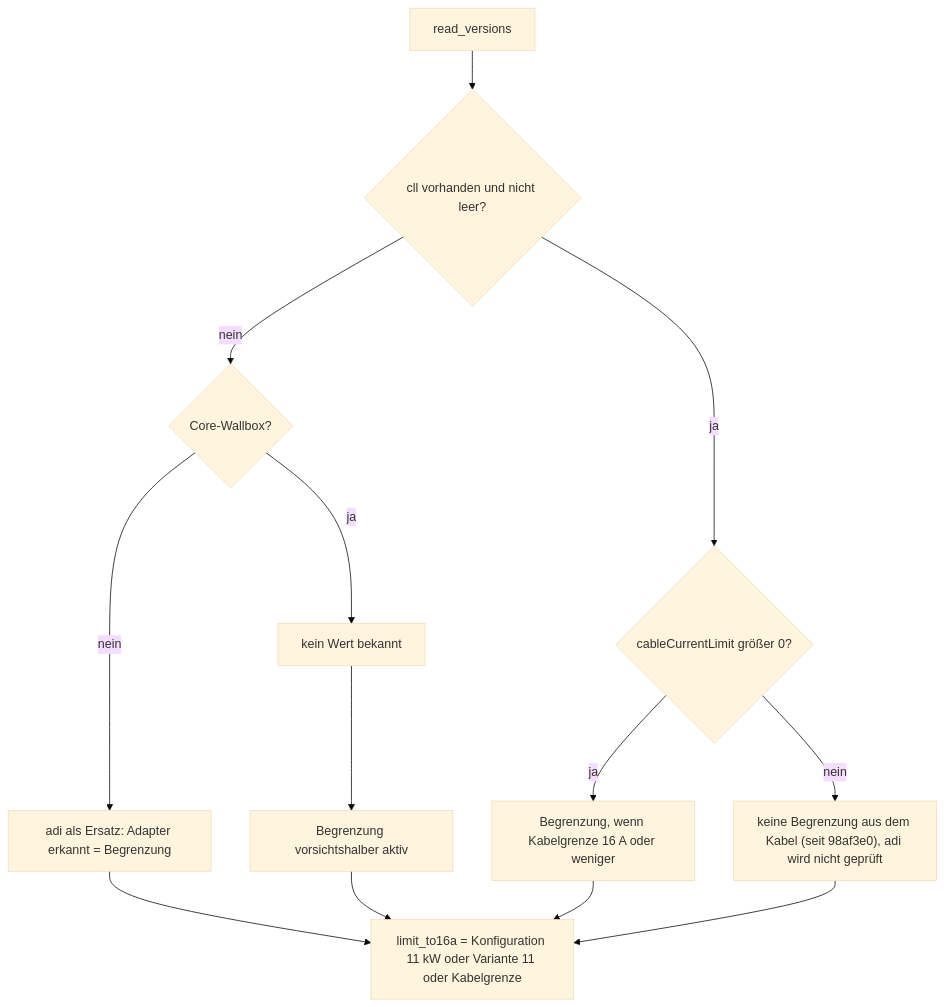
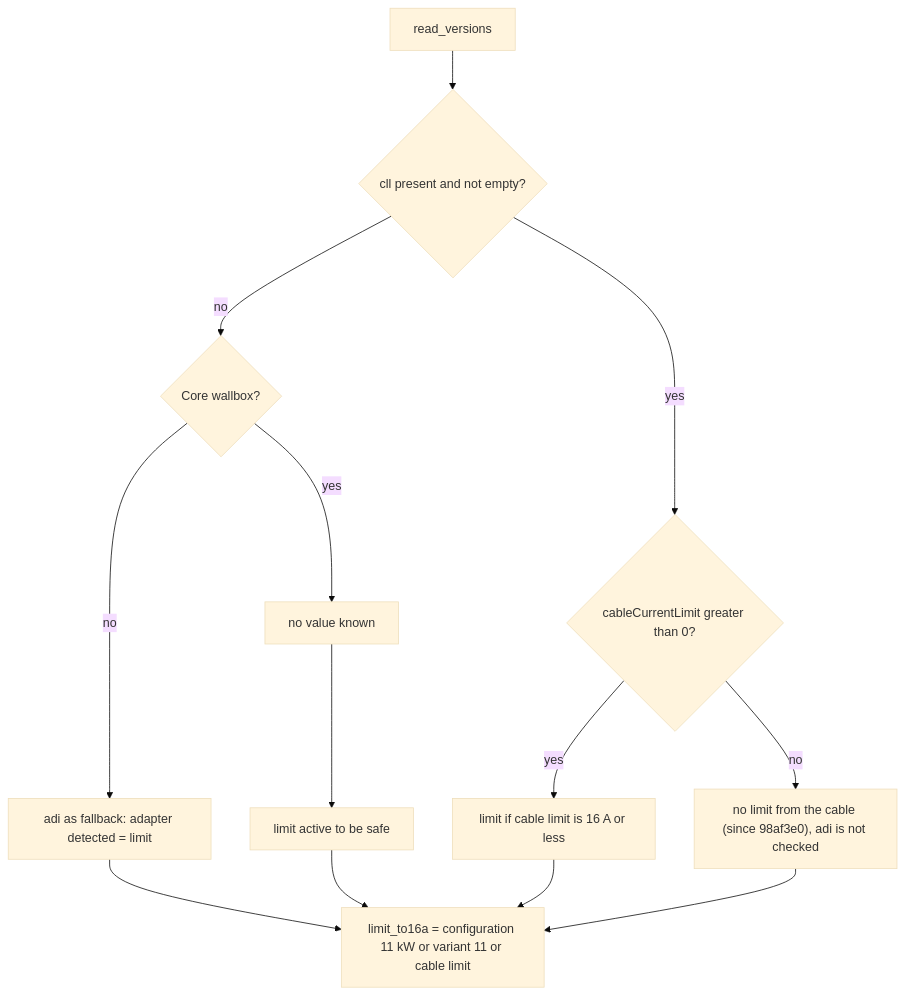
The tenth of 12 diagrams in docs/architecture/arc42-ha-goecharger-api2.md (OliEder/ha-goecharger-api2), drawn with Mermaid (base theme) before and after one commit. The commit also changed other lines of this file and 89 other files, not shown here.

````diff
--- a/docs/architecture/arc42-ha-goecharger-api2.md
+++ b/docs/architecture/arc42-ha-goecharger-api2.md
@@ -430,15 +430,15 @@
 ```mermaid
 flowchart TD
-    A["read_versions"] --> B{"cll vorhanden und nicht leer?"}
-    B -- nein --> F{"Core-Wallbox?"}
-    F -- nein --> G["adi als Ersatz: Adapter erkannt = Begrenzung"]
-    F -- ja --> H["kein Wert bekannt"]
-    B -- ja --> C{"cableCurrentLimit größer 0?"}
-    C -- ja --> D["Begrenzung, wenn Kabelgrenze 16 A oder weniger"]
-    C -- nein --> E["keine Begrenzung aus dem Kabel (seit 98af3e0), adi wird nicht geprüft"]
+    A["read_versions"] --> B{"cll present and not empty?"}
+    B -- no --> F{"Core wallbox?"}
+    F -- no --> G["adi as fallback: adapter detected = limit"]
+    F -- yes --> H["no value known"]
+    B -- yes --> C{"cableCurrentLimit greater than 0?"}
+    C -- yes --> D["limit if cable limit is 16 A or less"]
+    C -- no --> E["no limit from the cable (since 98af3e0), adi is not checked"]
     G --> I
-    H --> J["Begrenzung vorsichtshalber aktiv"]
-    D --> I["limit_to16a = Konfiguration 11 kW oder Variante 11 oder Kabelgrenze"]
+    H --> J["limit active to be safe"]
+    D --> I["limit_to16a = configuration 11 kW or variant 11 or cable limit"]
     E --> I
     J --> I
 ```
````
